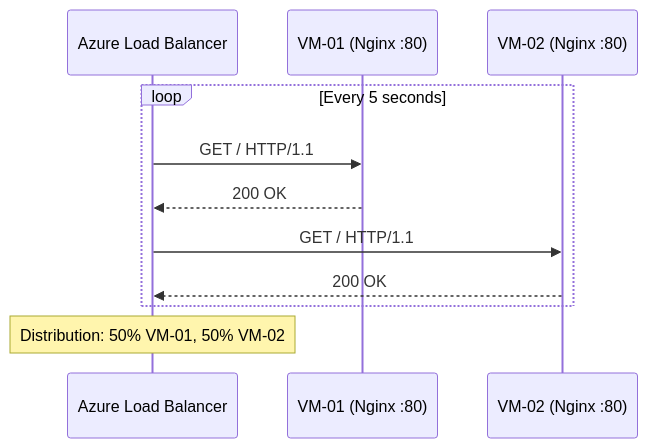
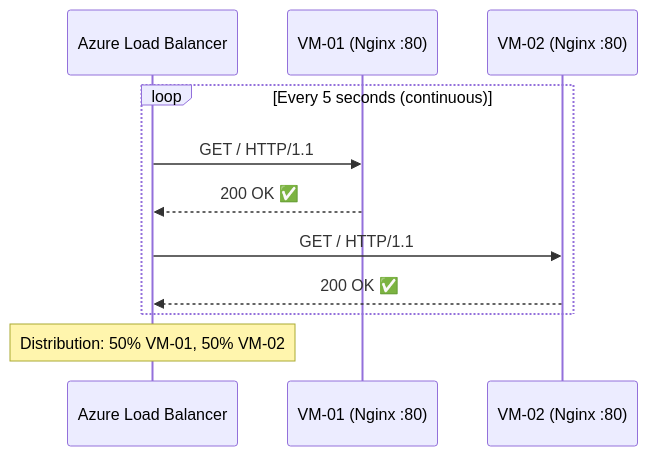
One commit to adamyudhistiramuhtar-byte/SistrackV2 changed the third of 5 diagrams in docs/cloud-infrastructure/Infrastructure.md. Above: the diagram before and after it, drawn with Mermaid. The commit also changed other lines of this file and 15 other files, not shown here.

Commit message:
docs: overhaul project documentation with comprehensive cloud architecture guides and professionalize README content

````diff
--- a/docs/cloud-infrastructure/Infrastructure.md
+++ b/docs/cloud-infrastructure/Infrastructure.md
@@ -290,15 +373,15 @@
 ```mermaid
 sequenceDiagram
     participant LB as Azure Load Balancer
     participant VM1 as VM-01 (Nginx :80)
     participant VM2 as VM-02 (Nginx :80)
     
-    loop Every 5 seconds
+    loop Every 5 seconds (continuous)
         LB->>VM1: GET / HTTP/1.1
-        VM1-->>LB: 200 OK
+        VM1-->>LB: 200 OK ✅
         LB->>VM2: GET / HTTP/1.1
-        VM2-->>LB: 200 OK
+        VM2-->>LB: 200 OK ✅
     end
     
     Note over LB: Distribution: 50% VM-01, 50% VM-02
 ```
````
